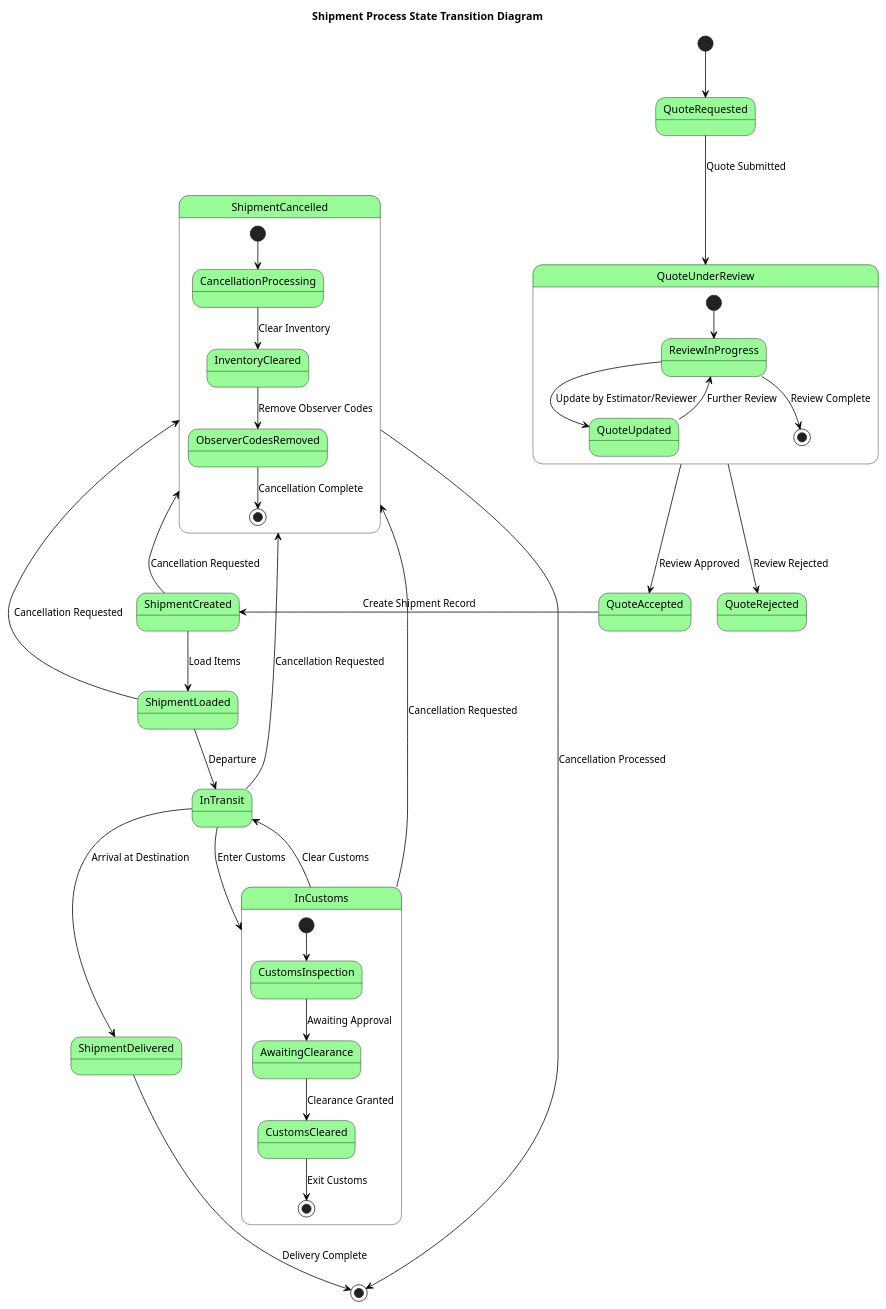
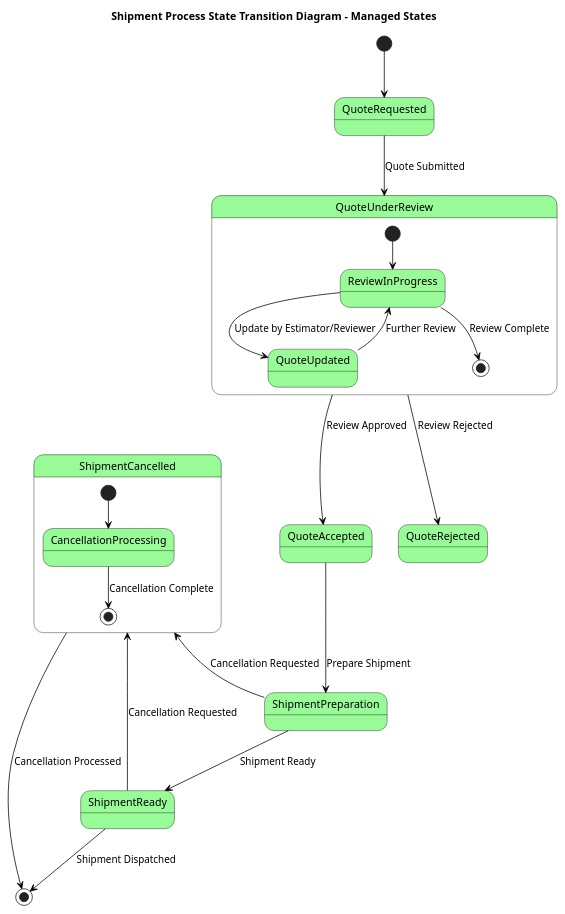
One commit to nic5694/MovingExpress changed the diagram in Diagrams/Sprints/Sprint_2/State_Transition_Diagram.puml. Above: the diagram before and after it, drawn with PlantUML.

Commit message:
State transition diagram

```diff
--- a/Diagrams/Sprints/Sprint_2/State_Transition_Diagram.puml
+++ b/Diagrams/Sprints/Sprint_2/State_Transition_Diagram.puml
@@ -1,48 +1,33 @@
 @startuml
-title Shipment Process State Transition Diagram
+title Shipment Process State Transition Diagram - Managed States
 
 skinparam shadowing false
 skinparam ArrowColor Black
 skinparam StateBackgroundColor PaleGreen
 skinparam StateBorderColor Black
 
 [*] --> QuoteRequested
 QuoteRequested --> QuoteUnderReview : Quote Submitted
-QuoteUnderReview -down-> QuoteRejected : Review Rejected
-QuoteUnderReview -down-> QuoteAccepted : Review Approved
-QuoteAccepted -right-> ShipmentCreated : Create Shipment Record
-ShipmentCreated -down-> ShipmentLoaded : Load Items
-ShipmentLoaded --> InTransit : Departure
-InTransit -down-> InCustoms : Enter Customs
-InCustoms -right-> InTransit : Clear Customs
-InTransit -down-> ShipmentDelivered : Arrival at Destination
-ShipmentDelivered --> [*] : Delivery Complete
+QuoteUnderReview --> QuoteRejected : Review Rejected
+QuoteUnderReview --> QuoteAccepted : Review Approved
+QuoteAccepted --> ShipmentPreparation : Prepare Shipment
+ShipmentPreparation --> ShipmentReady : Shipment Ready
+ShipmentReady --> [*] : Shipment Dispatched
 
-ShipmentCreated -up-> ShipmentCancelled : Cancellation Requested
-ShipmentLoaded -up-> ShipmentCancelled : Cancellation Requested
-InTransit -up-> ShipmentCancelled : Cancellation Requested
-InCustoms -up-> ShipmentCancelled : Cancellation Requested
+ShipmentPreparation -up-> ShipmentCancelled : Cancellation Requested
+ShipmentReady -up-> ShipmentCancelled : Cancellation Requested
 ShipmentCancelled --> [*] : Cancellation Processed
 
 state QuoteUnderReview {
     [*] --> ReviewInProgress
     ReviewInProgress --> QuoteUpdated : Update by Estimator/Reviewer
     QuoteUpdated --> ReviewInProgress : Further Review
     ReviewInProgress --> [*] : Review Complete
 }
 
-state InCustoms {
-    [*] --> CustomsInspection
-    CustomsInspection --> AwaitingClearance : Awaiting Approval
-    AwaitingClearance --> CustomsCleared : Clearance Granted
-    CustomsCleared --> [*] : Exit Customs
-}
-
 state ShipmentCancelled {
     [*] --> CancellationProcessing
-    CancellationProcessing --> InventoryCleared : Clear Inventory
-    InventoryCleared --> ObserverCodesRemoved : Remove Observer Codes
-    ObserverCodesRemoved --> [*] : Cancellation Complete
+    CancellationProcessing --> [*] : Cancellation Complete
 }
 
 @enduml
```
